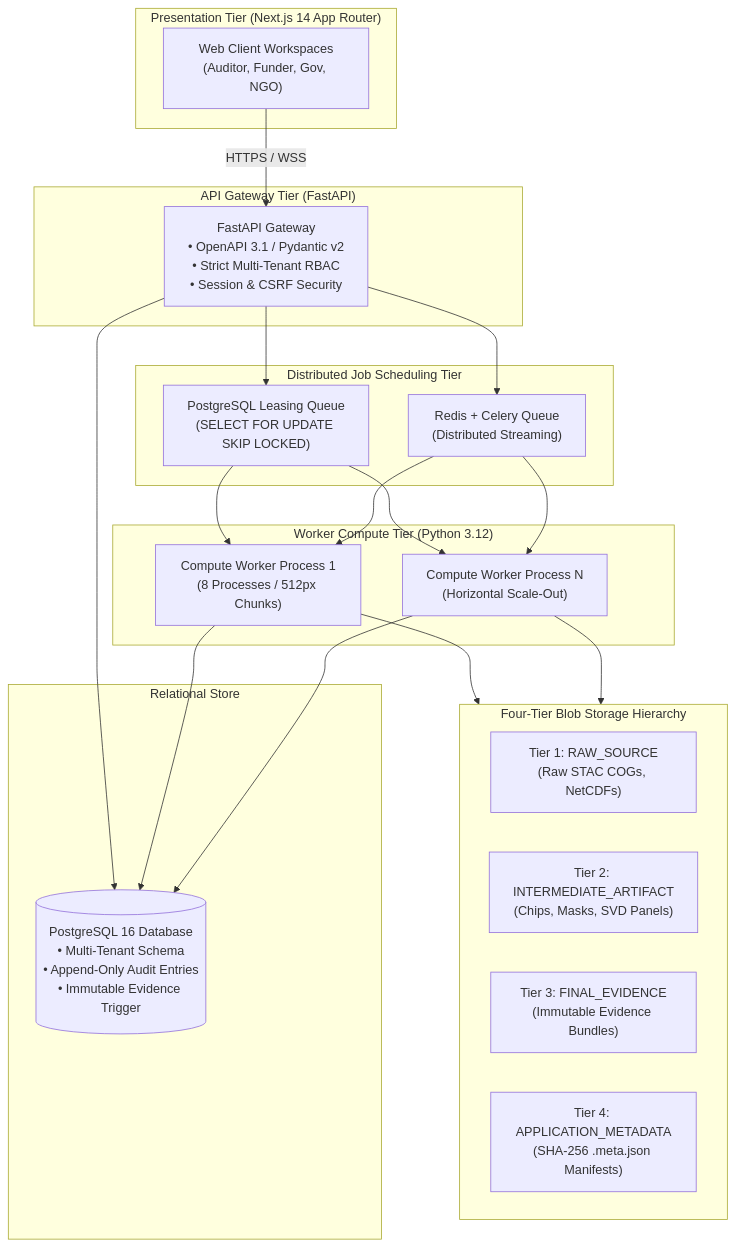
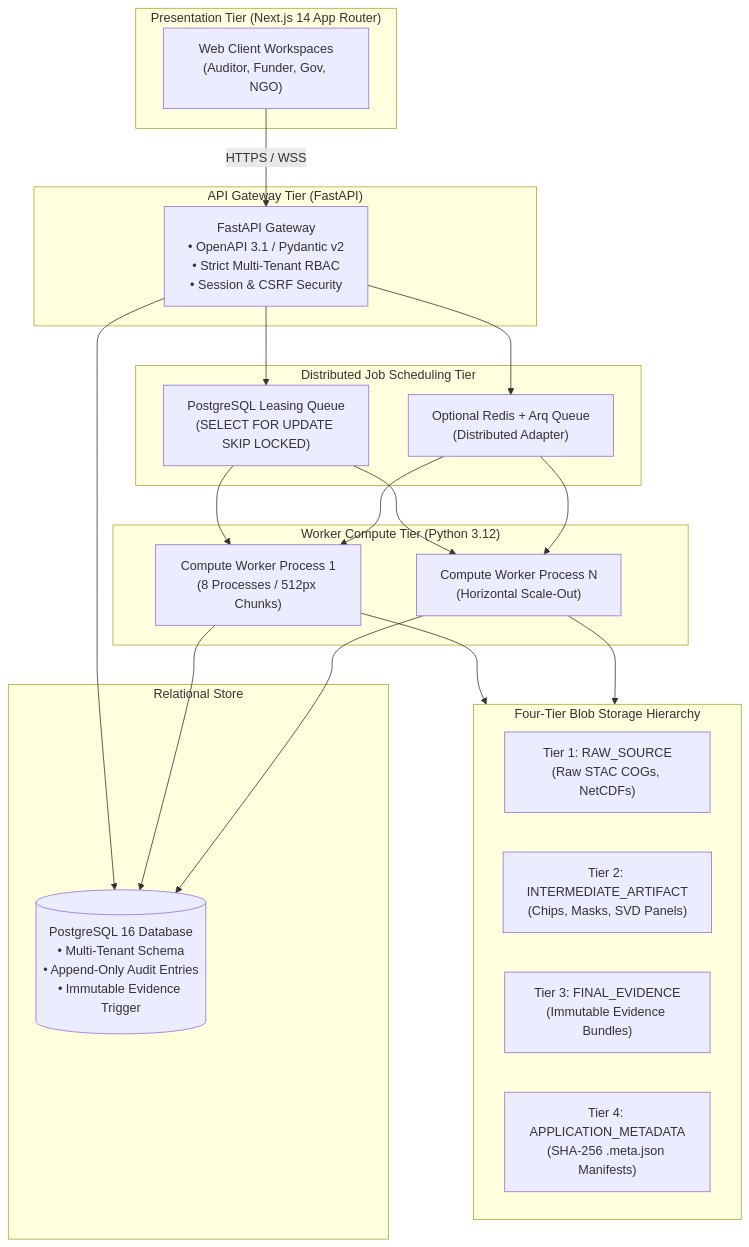
Before and after one commit to Viraj281105/GroundTruth: the first of 2 diagrams in docs/engineering/DEPLOYMENT_COMPUTE_ARCHITECTURE.md, drawn with Mermaid. The commit also changed other lines of this file and 71 other files, not shown here.

````diff
--- a/docs/engineering/DEPLOYMENT_COMPUTE_ARCHITECTURE.md
+++ b/docs/engineering/DEPLOYMENT_COMPUTE_ARCHITECTURE.md
@@ -12,40 +12,40 @@
 ```mermaid
 graph TB
     subgraph ClientLayer["Presentation Tier (Next.js 14 App Router)"]
         WebUI["Web Client Workspaces<br/>(Auditor, Funder, Gov, NGO)"]
     end
 
     subgraph APILayer["API Gateway Tier (FastAPI)"]
         Gateway["FastAPI Gateway<br/>• OpenAPI 3.1 / Pydantic v2<br/>• Strict Multi-Tenant RBAC<br/>• Session & CSRF Security"]
     end
 
     subgraph AsyncQueue["Distributed Job Scheduling Tier"]
         SQLQueue["PostgreSQL Leasing Queue<br/>(SELECT FOR UPDATE SKIP LOCKED)"]
-        RedisQueue["Redis + Celery Queue<br/>(Distributed Streaming)"]
+        RedisQueue["Optional Redis + Arq Queue<br/>(Distributed Adapter)"]
     end
 
     subgraph ComputeWorkers["Worker Compute Tier (Python 3.12)"]
         Worker1["Compute Worker Process 1<br/>(8 Processes / 512px Chunks)"]
         WorkerN["Compute Worker Process N<br/>(Horizontal Scale-Out)"]
     end
 
     subgraph TieredStorage["Four-Tier Blob Storage Hierarchy"]
         T1["Tier 1: RAW_SOURCE<br/>(Raw STAC COGs, NetCDFs)"]
         T2["Tier 2: INTERMEDIATE_ARTIFACT<br/>(Chips, Masks, SVD Panels)"]
         T3["Tier 3: FINAL_EVIDENCE<br/>(Immutable Evidence Bundles)"]
         T4["Tier 4: APPLICATION_METADATA<br/>(SHA-256 .meta.json Manifests)"]
     end
 
     subgraph DatabaseTier["Relational Store"]
         DB[("PostgreSQL 16 Database<br/>• Multi-Tenant Schema<br/>• Append-Only Audit Entries<br/>• Immutable Evidence Trigger")]
     end
 
     WebUI -->|HTTPS / WSS| Gateway
     Gateway --> SQLQueue
     Gateway --> RedisQueue
     Gateway --> DB
     SQLQueue --> Worker1 & WorkerN
     RedisQueue --> Worker1 & WorkerN
     Worker1 & WorkerN --> TieredStorage
     Worker1 & WorkerN --> DB
 ```
````
